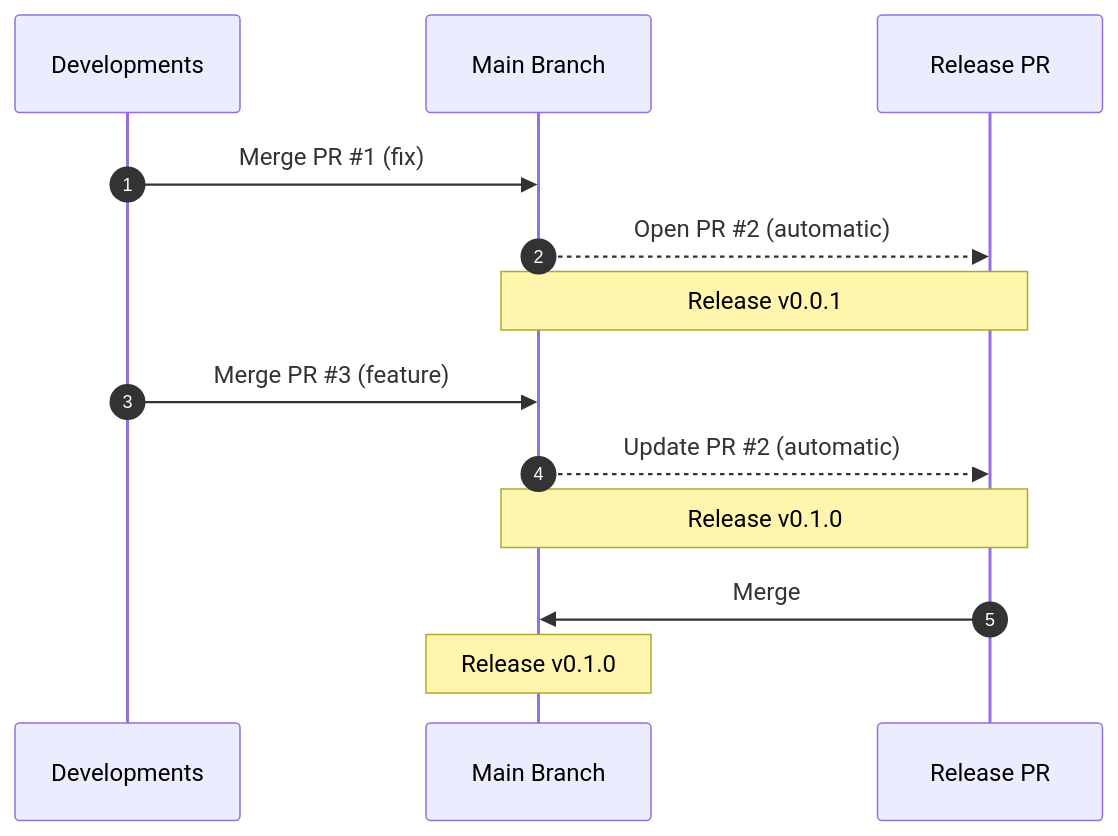
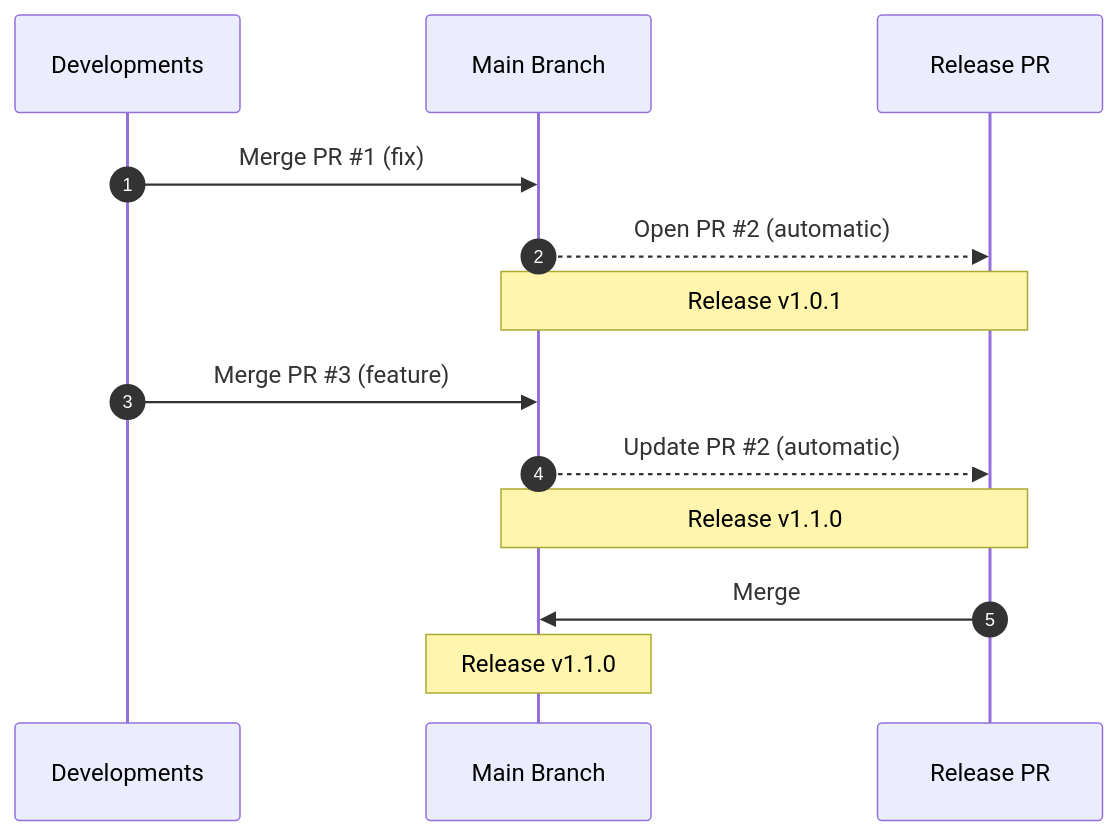
The first of 2 diagrams in README.md (cyberspace7/release-action), drawn with Mermaid before and after one commit.

Commit message:
docs: update `README`

````diff
--- a/README.md
+++ b/README.md
@@ -38,16 +38,16 @@
 ```mermaid
 sequenceDiagram
   autonumber
   participant D as Developments
   participant M as Main Branch
   participant R as Release PR
 
   D ->> M: Merge PR #35;1 (fix)
   M -->> R: Open PR #35;2 (automatic)
-  Note over M,R: Release v0.0.1
+  Note over M,R: Release v1.0.1
   D ->> M: Merge PR #35;3 (feature)
   M -->> R: Update PR #35;2 (automatic)
-  Note over M,R: Release v0.1.0
+  Note over M,R: Release v1.1.0
   R ->> M: Merge
-  Note over M: Release v0.1.0
+  Note over M: Release v1.1.0
 ```
````
